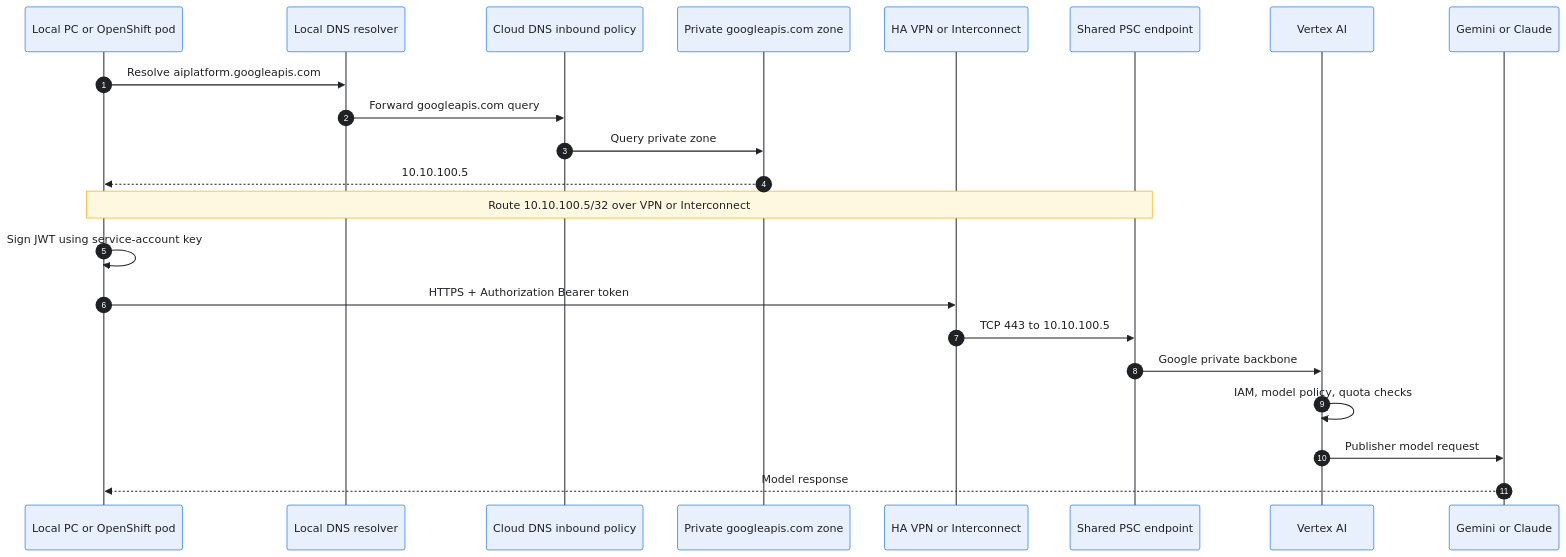
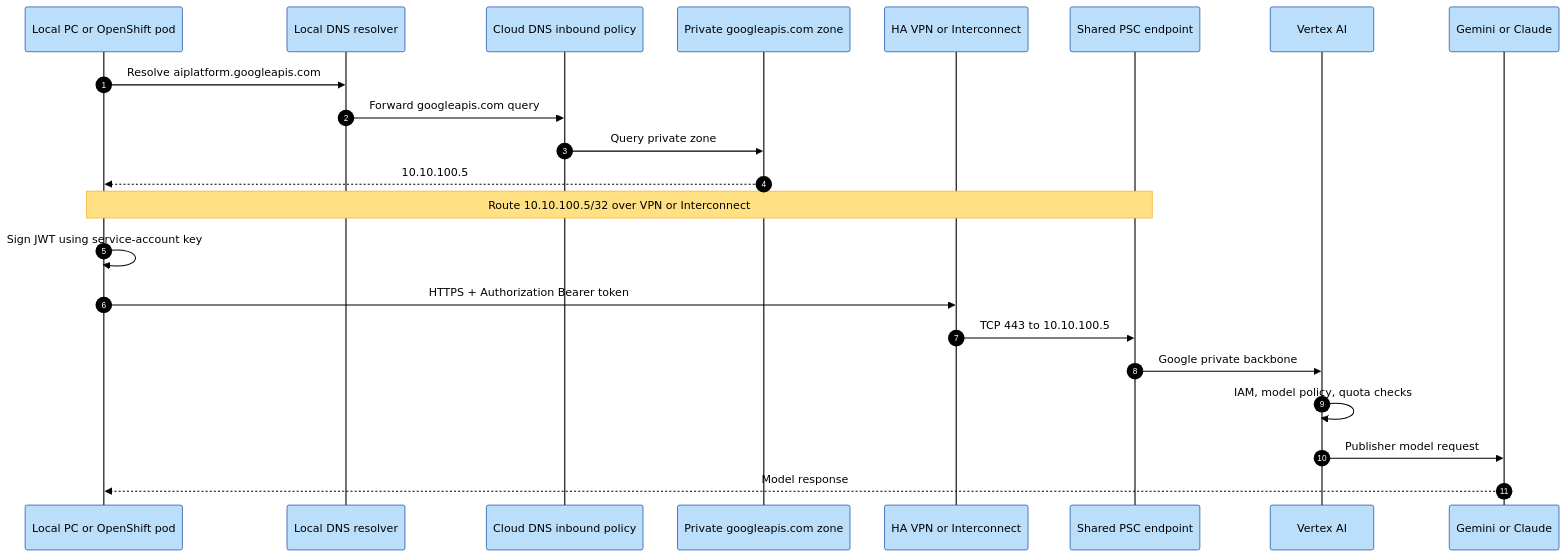
Before and after one commit to UttamGiri/GCP-Bootstrap: the second of 4 diagrams in docs/VERTEX-AI-PSC-ONPREM.md, drawn with Mermaid. The commit also changed other lines of this file, not shown here.

First line of the commit message:
Force Mermaid light theme for GitHub dark mode.

````diff
--- a/docs/VERTEX-AI-PSC-ONPREM.md
+++ b/docs/VERTEX-AI-PSC-ONPREM.md
@@ -63,26 +71,26 @@
 ```mermaid
-%%{init: {'theme': 'base', 'themeVariables': {'background': '#ffffff', 'mainBkg': '#e8f0fe', 'primaryColor': '#e8f0fe', 'primaryTextColor': '#202124', 'primaryBorderColor': '#1a73e8', 'secondaryColor': '#e6f4ea', 'tertiaryColor': '#fff8e1', 'lineColor': '#5f6368', 'textColor': '#202124', 'actorBkg': '#e8f0fe', 'actorTextColor': '#202124', 'actorBorder': '#1a73e8', 'actorLineColor': '#5f6368', 'signalColor': '#202124', 'signalTextColor': '#202124', 'labelBoxBkgColor': '#ffffff', 'labelBoxBorderColor': '#80868b', 'labelTextColor': '#202124', 'loopTextColor': '#202124', 'noteBkgColor': '#fff8e1', 'noteTextColor': '#202124', 'noteBorderColor': '#f9ab00', 'activationBkgColor': '#e6f4ea', 'sequenceNumberColor': '#ffffff'}}}%%
+%%{init: {'theme': 'neutral', 'themeVariables': {'darkMode': false, 'background': '#ffffff', 'mainBkg': '#BBDEFB', 'primaryTextColor': '#000000', 'textColor': '#000000', 'lineColor': '#333333', 'actorBkg': '#BBDEFB', 'actorTextColor': '#000000', 'actorBorder': '#0D47A1', 'actorLineColor': '#333333', 'signalColor': '#000000', 'signalTextColor': '#000000', 'labelTextColor': '#000000', 'loopTextColor': '#000000', 'noteBkgColor': '#FFE082', 'noteTextColor': '#000000', 'noteBorderColor': '#F9A825', 'activationBkgColor': '#C8E6C9', 'sequenceNumberColor': '#ffffff'}}}%%
 sequenceDiagram
     autonumber
     participant C as Local PC or OpenShift pod
     participant R as Local DNS resolver
     participant D as Cloud DNS inbound policy
     participant Z as Private googleapis.com zone
     participant N as HA VPN or Interconnect
     participant P as Shared PSC endpoint
     participant V as Vertex AI
     participant M as Gemini or Claude
 
     C->>R: Resolve aiplatform.googleapis.com
     R->>D: Forward googleapis.com query
     D->>Z: Query private zone
     Z-->>C: 10.10.100.5
     Note over C,P: Route 10.10.100.5/32 over VPN or Interconnect
     C->>C: Sign JWT using service-account key
     C->>N: HTTPS + Authorization Bearer token
     N->>P: TCP 443 to 10.10.100.5
     P->>V: Google private backbone
     V->>V: IAM, model policy, quota checks
     V->>M: Publisher model request
     M-->>C: Model response
 ```
````
